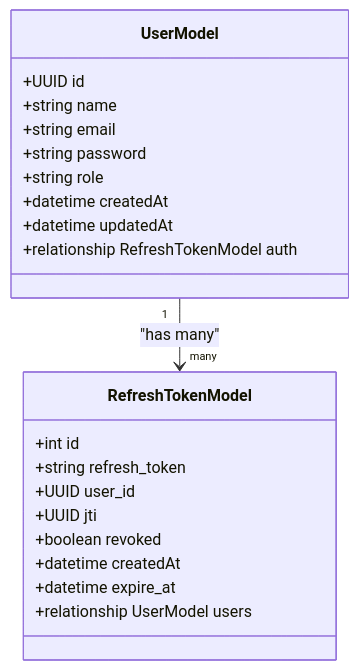
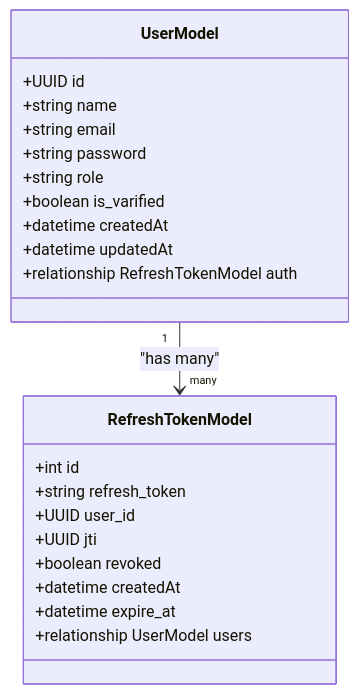
The third of 8 diagrams in .qoder/repowiki/en/content/Core Concepts/Data Models and Pydantic Integration.md (srikant-panda/auth-service), drawn with Mermaid before and after one commit. The commit also changed other lines of this file and 11 other files, not shown here.

````diff
--- a/.qoder/repowiki/en/content/Core Concepts/Data Models and Pydantic Integration.md
+++ b/.qoder/repowiki/en/content/Core Concepts/Data Models and Pydantic Integration.md
@@ -155,24 +168,25 @@
 ```mermaid
 classDiagram
 class UserModel {
 +UUID id
 +string name
 +string email
 +string password
 +string role
++boolean is_varified
 +datetime createdAt
 +datetime updatedAt
 +relationship RefreshTokenModel auth
 }
 class RefreshTokenModel {
 +int id
 +string refresh_token
 +UUID user_id
 +UUID jti
 +boolean revoked
 +datetime createdAt
 +datetime expire_at
 +relationship UserModel users
 }
 UserModel "1" --> "many" RefreshTokenModel : "has many"
 ```
````
